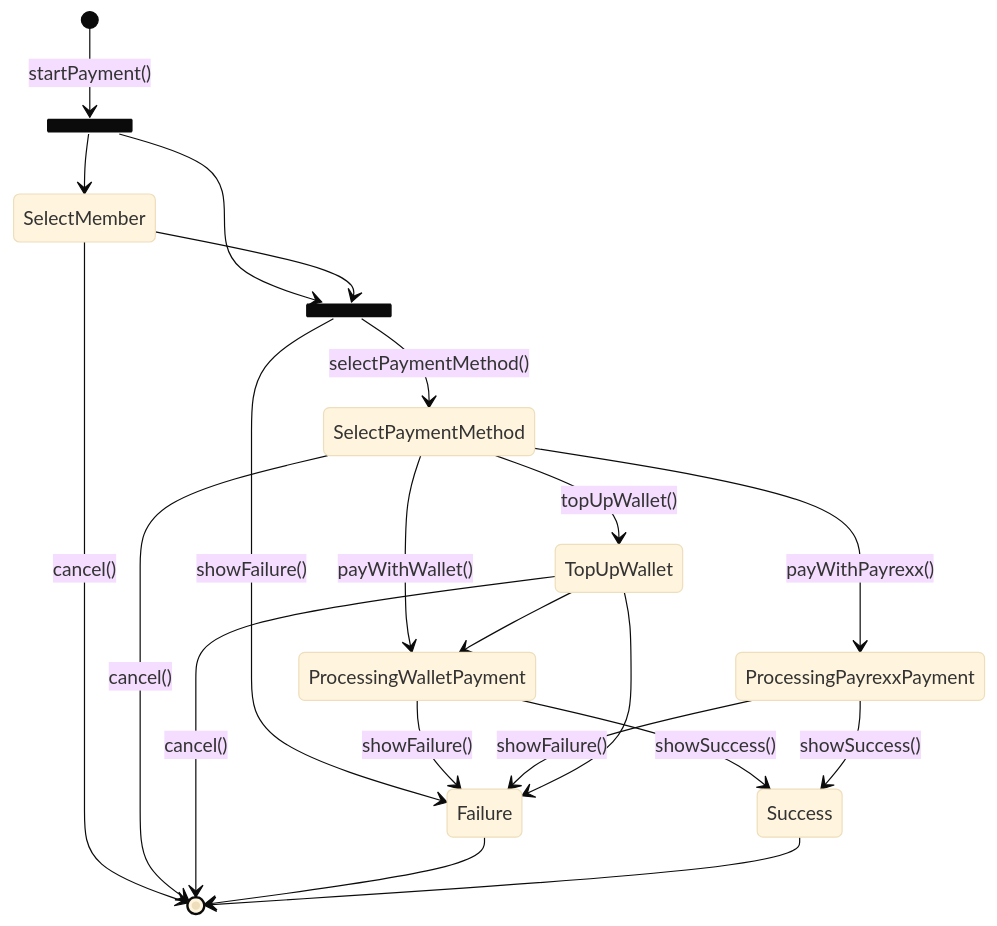
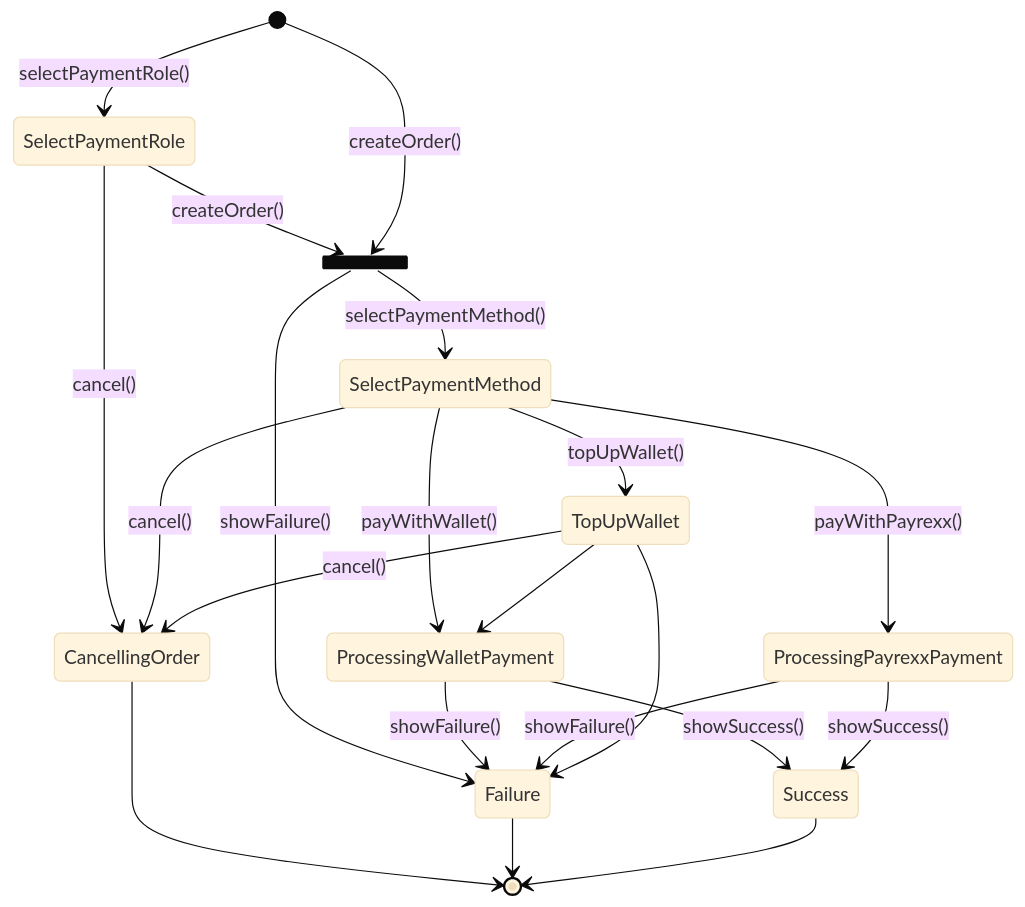
Before and after one commit to quartier-depot/self-checkout: the diagram in doc/statechart-payment.md, drawn with Mermaid (base theme). The commit also changed 13 other files, not shown here.

Commit message:
up until create order

````diff
--- a/doc/statechart-payment.md
+++ b/doc/statechart-payment.md
@@ -1,34 +1,34 @@
 ```mermaid
 
 stateDiagram
-    state StartingPayment <<fork>>
     state CreatingOrder <<join>>
     
-    [*] --> StartingPayment: startPayment()
+    [*] --> SelectPaymentRole: selectPaymentRole()
+    SelectPaymentRole --> CreatingOrder: createOrder()
+    [*] --> CreatingOrder: createOrder()
 
-    StartingPayment --> CreatingOrder
-    StartingPayment --> SelectMember
-    SelectMember --> [*]: cancel()
+    SelectPaymentRole --> CancellingOrder: cancel()
         
-    SelectMember --> CreatingOrder
     CreatingOrder --> SelectPaymentMethod: selectPaymentMethod()
     CreatingOrder --> Failure: showFailure()
 
     SelectPaymentMethod --> TopUpWallet: topUpWallet()
     SelectPaymentMethod --> ProcessingWalletPayment: payWithWallet()
     SelectPaymentMethod --> ProcessingPayrexxPayment: payWithPayrexx()
-    SelectPaymentMethod --> [*]: cancel()
+    SelectPaymentMethod --> CancellingOrder: cancel()
 
     ProcessingWalletPayment --> Success: showSuccess()
     ProcessingWalletPayment --> Failure: showFailure()
 
     ProcessingPayrexxPayment --> Success: showSuccess()
     ProcessingPayrexxPayment --> Failure: showFailure()
 
     TopUpWallet --> ProcessingWalletPayment
     TopUpWallet --> Failure
-    TopUpWallet --> [*]: cancel()
+    TopUpWallet --> CancellingOrder: cancel()
+
+    CancellingOrder --> [*]
     
     Failure --> [*]
     Success --> [*]
 ```
````
